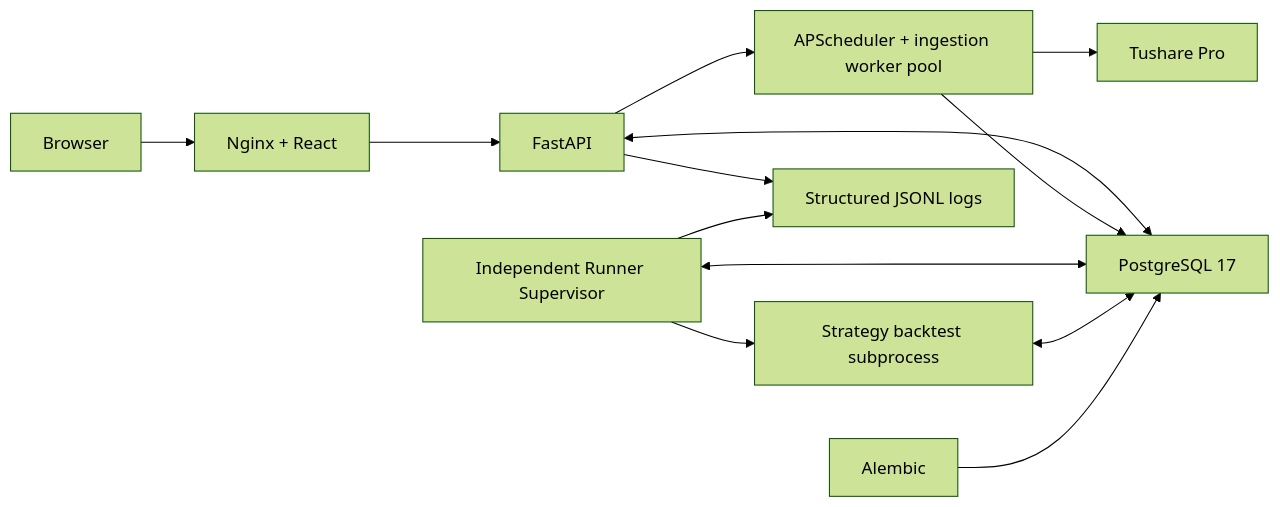
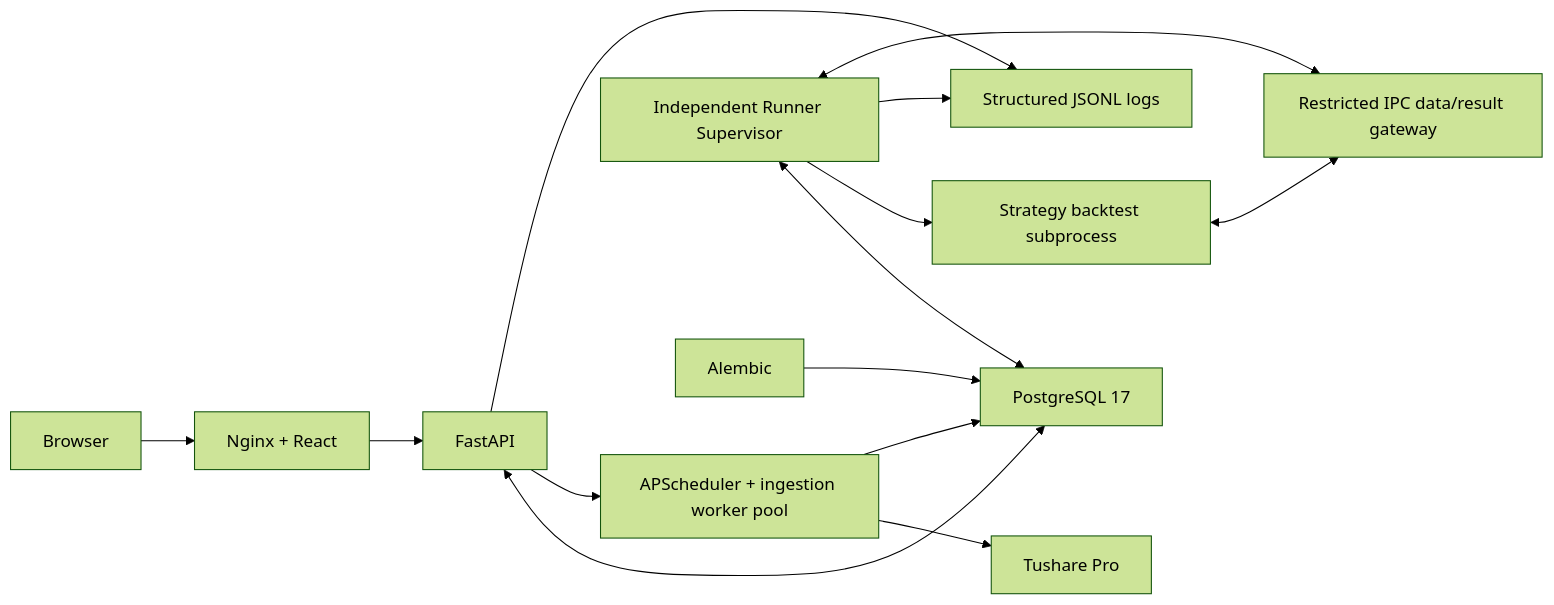
The second of 2 diagrams in README_EN.md (Li2Wh1te/quant-foundry), drawn with Mermaid (forest theme) before and after one commit. The commit also changed other lines of this file and 265 other files, not shown here.

````diff
--- a/README_EN.md
+++ b/README_EN.md
@@ -336,15 +313,16 @@
 ```mermaid
 flowchart LR
     Browser["Browser"] --> Frontend["Nginx + React"]
     Frontend --> Backend["FastAPI"]
     Backend <--> Database["PostgreSQL 17"]
     Backend --> Scheduler["APScheduler + ingestion worker pool"]
     Scheduler --> Source["Tushare Pro"]
     Scheduler --> Database
     Runner["Independent Runner Supervisor"] <--> Database
     Runner --> Worker["Strategy backtest subprocess"]
-    Worker <--> Database
+    Worker <--> Gateway["Restricted IPC data/result gateway"]
+    Gateway <--> Runner
     Backend --> Logs["Structured JSONL logs"]
     Runner --> Logs
     Migration["Alembic"] --> Database
 ```
````
